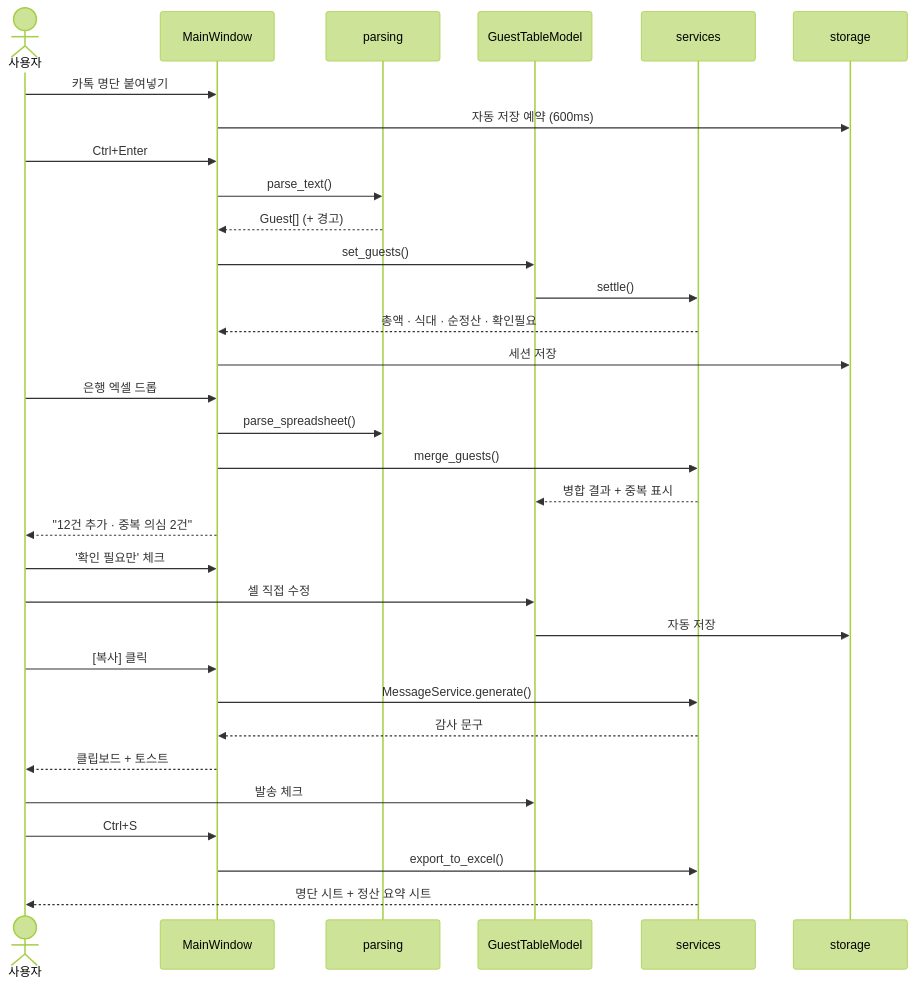
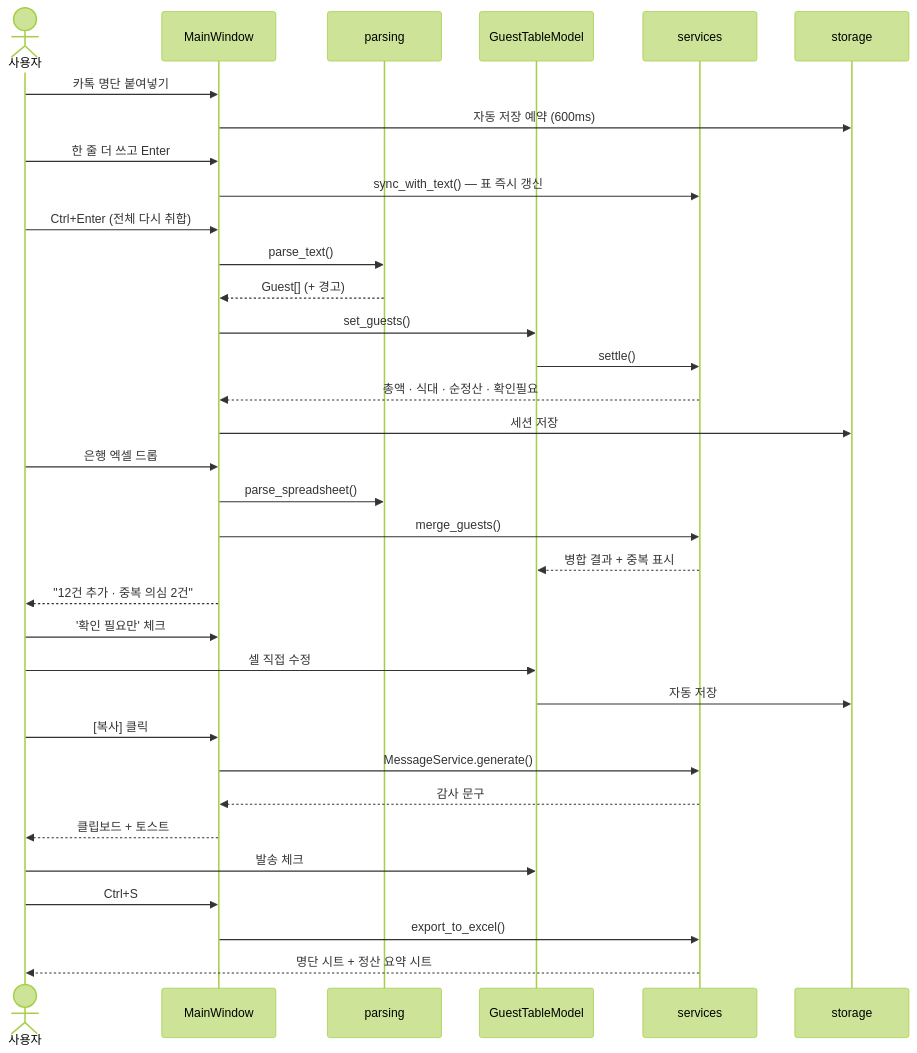
One commit to gatsjy/ChuguiMaster changed the ninth of 12 diagrams in FLOW.md. Above: the diagram before and after it, drawn with Mermaid (forest theme). The commit also changed other lines of this file, not shown here.

First line of the commit message:
docs(flow): Record v2.2 behaviour changes

````diff
--- a/FLOW.md
+++ b/FLOW.md
@@ -320,39 +395,41 @@
 ```mermaid
 sequenceDiagram
     actor U as 사용자
     participant W as MainWindow
     participant P as parsing
     participant M as GuestTableModel
     participant S as services
     participant R as storage
 
     U->>W: 카톡 명단 붙여넣기
     W->>R: 자동 저장 예약 (600ms)
-    U->>W: Ctrl+Enter
+    U->>W: 한 줄 더 쓰고 Enter
+    W->>S: sync_with_text() — 표 즉시 갱신
+    U->>W: Ctrl+Enter (전체 다시 취합)
     W->>P: parse_text()
     P-->>W: Guest[] (+ 경고)
     W->>M: set_guests()
     M->>S: settle()
     S-->>W: 총액 · 식대 · 순정산 · 확인필요
     W->>R: 세션 저장
 
     U->>W: 은행 엑셀 드롭
     W->>P: parse_spreadsheet()
     W->>S: merge_guests()
     S-->>M: 병합 결과 + 중복 표시
     W-->>U: "12건 추가 · 중복 의심 2건"
 
     U->>W: '확인 필요만' 체크
     U->>M: 셀 직접 수정
     M->>R: 자동 저장
 
     U->>W: [복사] 클릭
     W->>S: MessageService.generate()
     S-->>W: 감사 문구
     W-->>U: 클립보드 + 토스트
     U->>M: 발송 체크
 
     U->>W: Ctrl+S
     W->>S: export_to_excel()
     S-->>U: 명단 시트 + 정산 요약 시트
 ```
````
